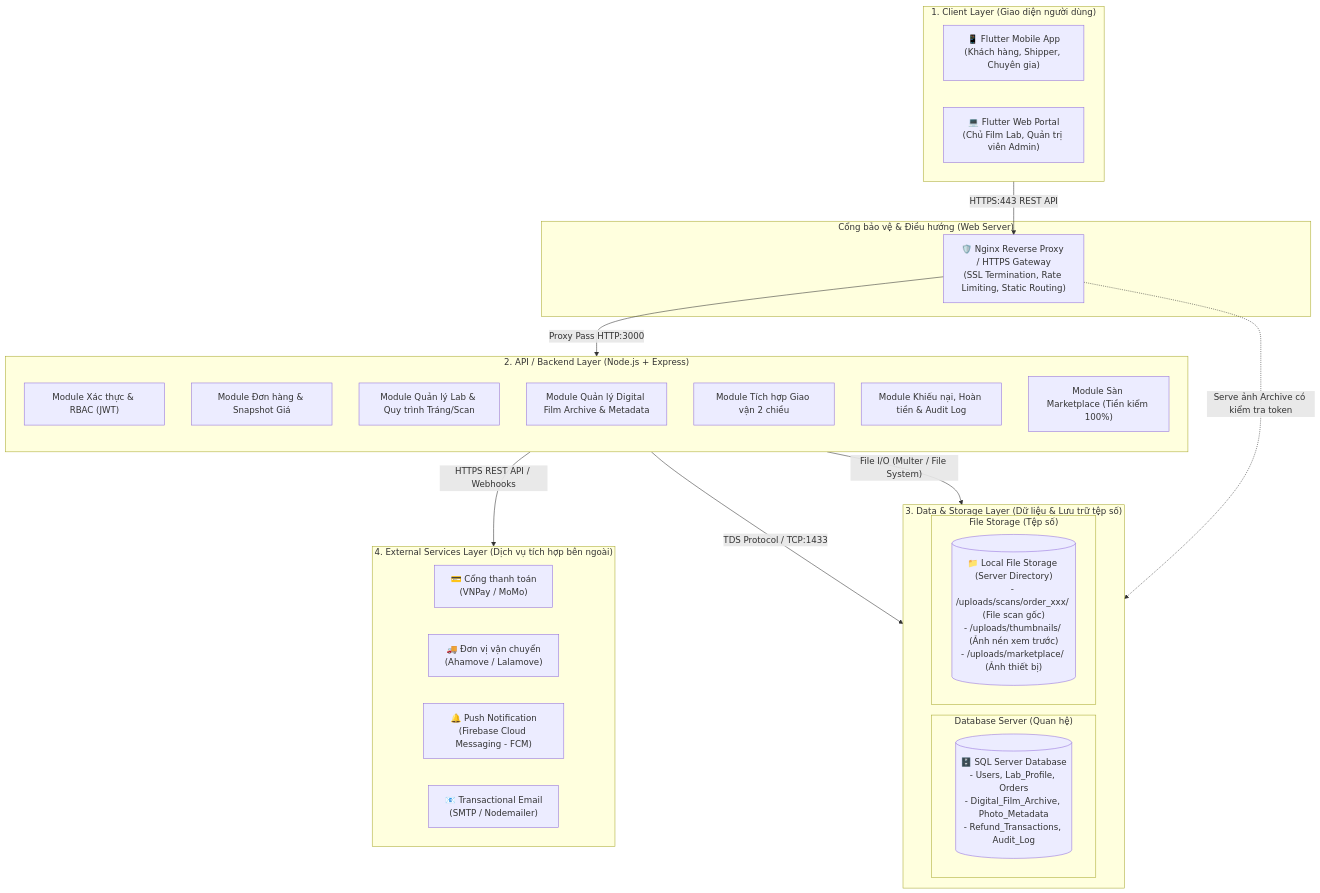
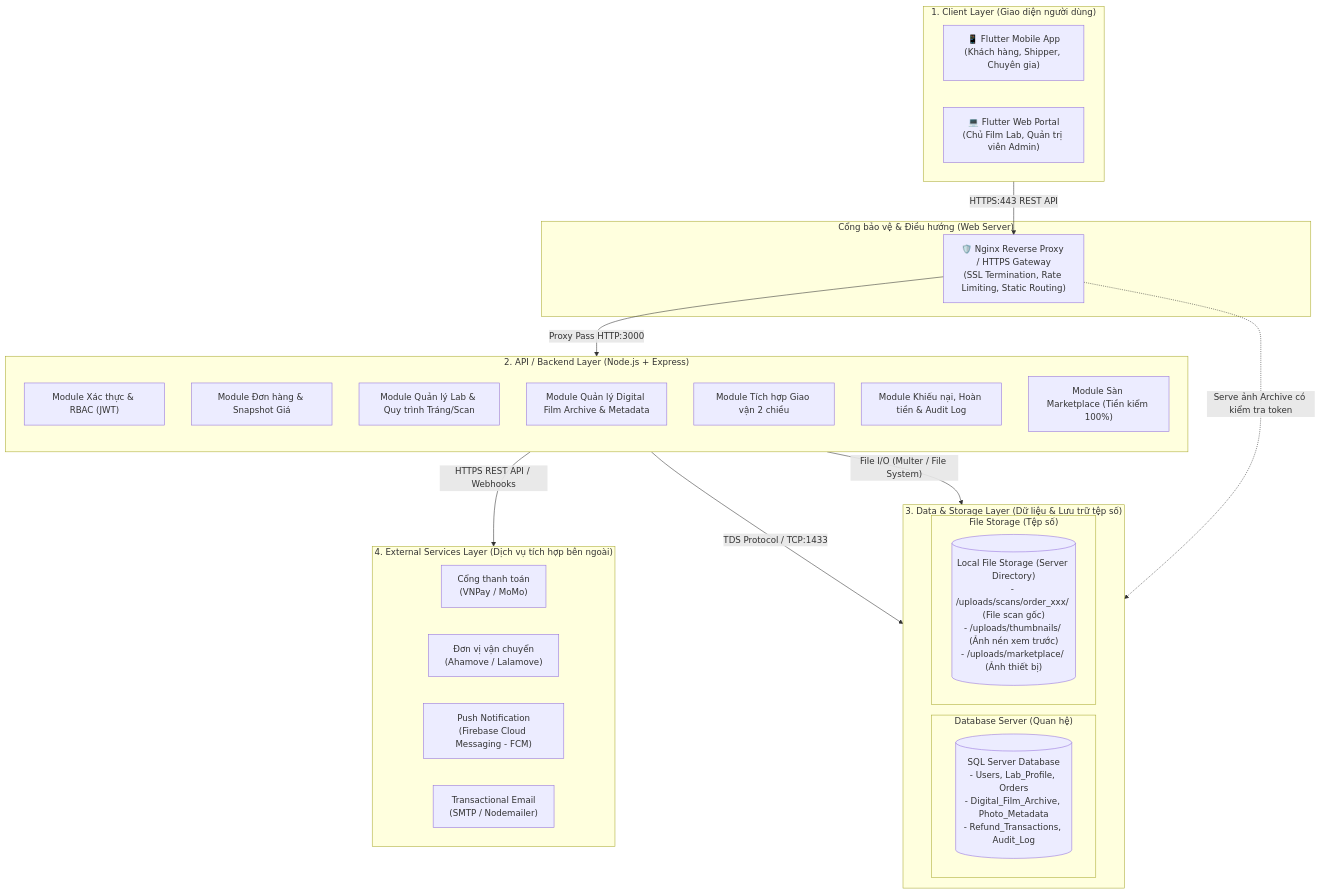
One commit to huylamnhat/Photographer-enthusiastic-environment changed the first of 6 diagrams in doc/week 2/sơ đồ kiến trúc & triển khai.md. Above: the diagram before and after it, drawn with Mermaid. The commit also changed other lines of this file, not shown here.

````diff
--- a/doc/week 2/sơ đồ kiến trúc & triển khai.md
+++ b/doc/week 2/sơ đồ kiến trúc & triển khai.md
@@ -26,48 +26,48 @@
 ```mermaid
 flowchart TB
     subgraph CLIENT["1. Client Layer (Giao diện người dùng)"]
         direction LR
         MOB["📱 Flutter Mobile App<br/>(Khách hàng, Shipper, Chuyên gia)"]
         WEB["💻 Flutter Web Portal<br/>(Chủ Film Lab, Quản trị viên Admin)"]
     end
 
     subgraph GATEWAY["Cổng bảo vệ & Điều hướng (Web Server)"]
         NGX["🛡️ Nginx Reverse Proxy / HTTPS Gateway<br/>(SSL Termination, Rate Limiting, Static Routing)"]
     end
 
     subgraph BACKEND["2. API / Backend Layer (Node.js + Express)"]
         direction TB
         AUTH_M["Module Xác thực & RBAC (JWT)"]
         ORDER_M["Module Đơn hàng & Snapshot Giá"]
         LAB_M["Module Quản lý Lab & Quy trình Tráng/Scan"]
         ARCH_M["Module Quản lý Digital Film Archive & Metadata"]
         SHIP_M["Module Tích hợp Giao vận 2 chiều"]
         DISP_M["Module Khiếu nại, Hoàn tiền & Audit Log"]
         MKT_M["Module Sàn Marketplace (Tiền kiểm 100%)"]
     end
 
     subgraph DATA_STORAGE["3. Data & Storage Layer (Dữ liệu & Lưu trữ tệp số)"]
         direction LR
         subgraph DB_BOX["Database Server (Quan hệ)"]
-            SQL[("🗄️ SQL Server Database<br/>- Users, Lab_Profile, Orders<br/>- Digital_Film_Archive, Photo_Metadata<br/>- Refund_Transactions, Audit_Log")]
+            SQL[(" SQL Server Database<br/>- Users, Lab_Profile, Orders<br/>- Digital_Film_Archive, Photo_Metadata<br/>- Refund_Transactions, Audit_Log")]
         end
         subgraph FILE_BOX["File Storage (Tệp số)"]
-            FS[("📁 Local File Storage (Server Directory)<br/>- /uploads/scans/order_xxx/ (File scan gốc)<br/>- /uploads/thumbnails/ (Ảnh nén xem trước)<br/>- /uploads/marketplace/ (Ảnh thiết bị)")]
+            FS[(" Local File Storage (Server Directory)<br/>- /uploads/scans/order_xxx/ (File scan gốc)<br/>- /uploads/thumbnails/ (Ảnh nén xem trước)<br/>- /uploads/marketplace/ (Ảnh thiết bị)")]
         end
     end
 
     subgraph EXT["4. External Services Layer (Dịch vụ tích hợp bên ngoài)"]
         direction LR
-        PAY["💳 Cổng thanh toán<br/>(VNPay / MoMo)"]
-        SHIP["🚚 Đơn vị vận chuyển<br/>(Ahamove / Lalamove)"]
-        NOTIF["🔔 Push Notification<br/>(Firebase Cloud Messaging - FCM)"]
-        MAIL["📧 Transactional Email<br/>(SMTP / Nodemailer)"]
+        PAY[" Cổng thanh toán<br/>(VNPay / MoMo)"]
+        SHIP[" Đơn vị vận chuyển<br/>(Ahamove / Lalamove)"]
+        NOTIF[" Push Notification<br/>(Firebase Cloud Messaging - FCM)"]
+        MAIL[" Transactional Email<br/>(SMTP / Nodemailer)"]
     end
 
     CLIENT -->|"HTTPS:443 REST API"| NGX
     NGX -->|"Proxy Pass HTTP:3000"| BACKEND
     BACKEND -->|"TDS Protocol / TCP:1433"| SQL
     BACKEND -->|"File I/O (Multer / File System)"| FS
     BACKEND -->|"HTTPS REST API / Webhooks"| EXT
     NGX -.->|"Serve ảnh Archive có kiểm tra token"| FS
 ```
````
